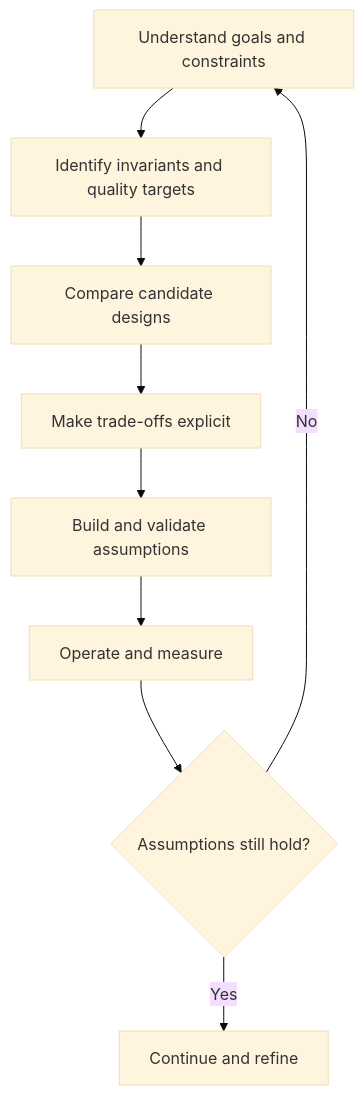
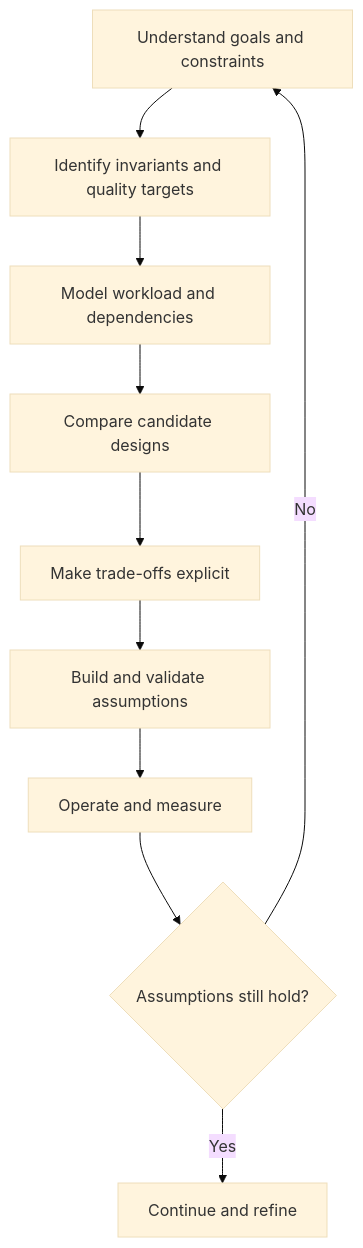
One commit to kowlutla/Interview_HandBook changed the second of 2 diagrams in system-design-mastery/chapters/01-thinking-in-systems/README.md. Above: the diagram before and after it, drawn with Mermaid (base theme). The commit also changed other lines of this file, not shown here.

````diff
--- a/system-design-mastery/chapters/01-thinking-in-systems/README.md
+++ b/system-design-mastery/chapters/01-thinking-in-systems/README.md
@@ -92,11 +185,12 @@
-```mermaid
+~~~mermaid
 flowchart TD
   A[Understand goals and constraints] --> B[Identify invariants and quality targets]
-  B --> C[Compare candidate designs]
-  C --> D[Make trade-offs explicit]
-  D --> E[Build and validate assumptions]
-  E --> F[Operate and measure]
-  F --> G{Assumptions still hold?}
-  G -- Yes --> H[Continue and refine]
-  G -- No --> A
-```
+  B --> C[Model workload and dependencies]
+  C --> D[Compare candidate designs]
+  D --> E[Make trade-offs explicit]
+  E --> F[Build and validate assumptions]
+  F --> G[Operate and measure]
+  G --> H{Assumptions still hold?}
+  H -- Yes --> I[Continue and refine]
+  H -- No --> A
+~~~
````
